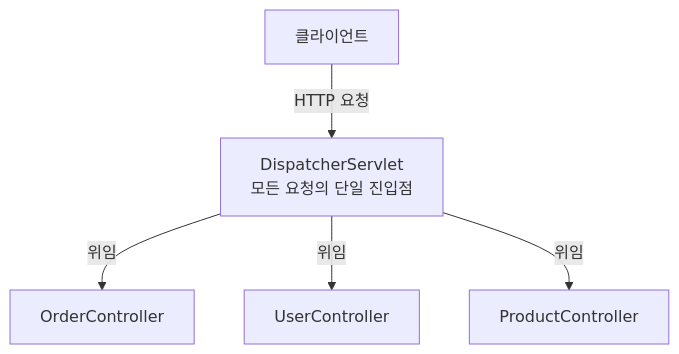
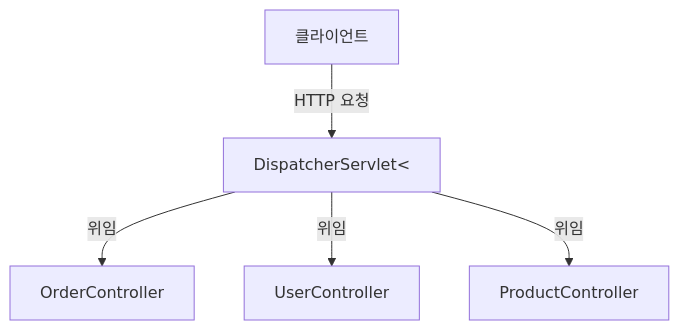
Before and after one commit to yjkim2015/yjkim2015.github.io: the first of 6 diagrams in _posts/spring/2026-05-01-spring-mvc.md, drawn with Mermaid. The commit also changed other lines of this file and 271 other files, not shown here.

First line of the commit message:
Mermaid 라벨 축소: 긴 노드 텍스트 18자 이하로 트림 + \n 제거

````diff
--- a/_posts/spring/2026-05-01-spring-mvc.md
+++ b/_posts/spring/2026-05-01-spring-mvc.md
@@ -21,7 +21,7 @@
 ```mermaid
 graph TD
-    Client["클라이언트"] -->|"HTTP 요청"| DS["DispatcherServlet<br>모든 요청의 단일 진입점"]
+    Client["클라이언트"] -->|"HTTP 요청"| DS["DispatcherServlet<"]
     DS -->|"위임"| OC["OrderController"]
     DS -->|"위임"| UC["UserController"]
     DS -->|"위임"| PC["ProductController"]
 ```
````
